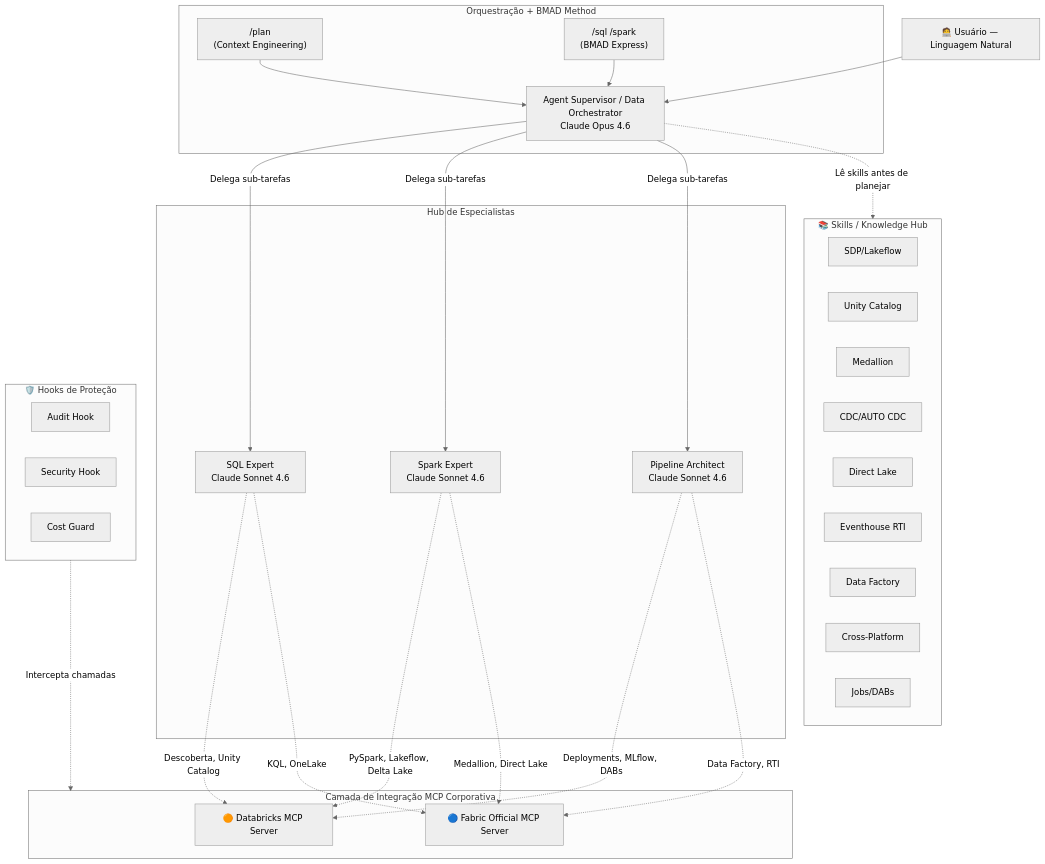
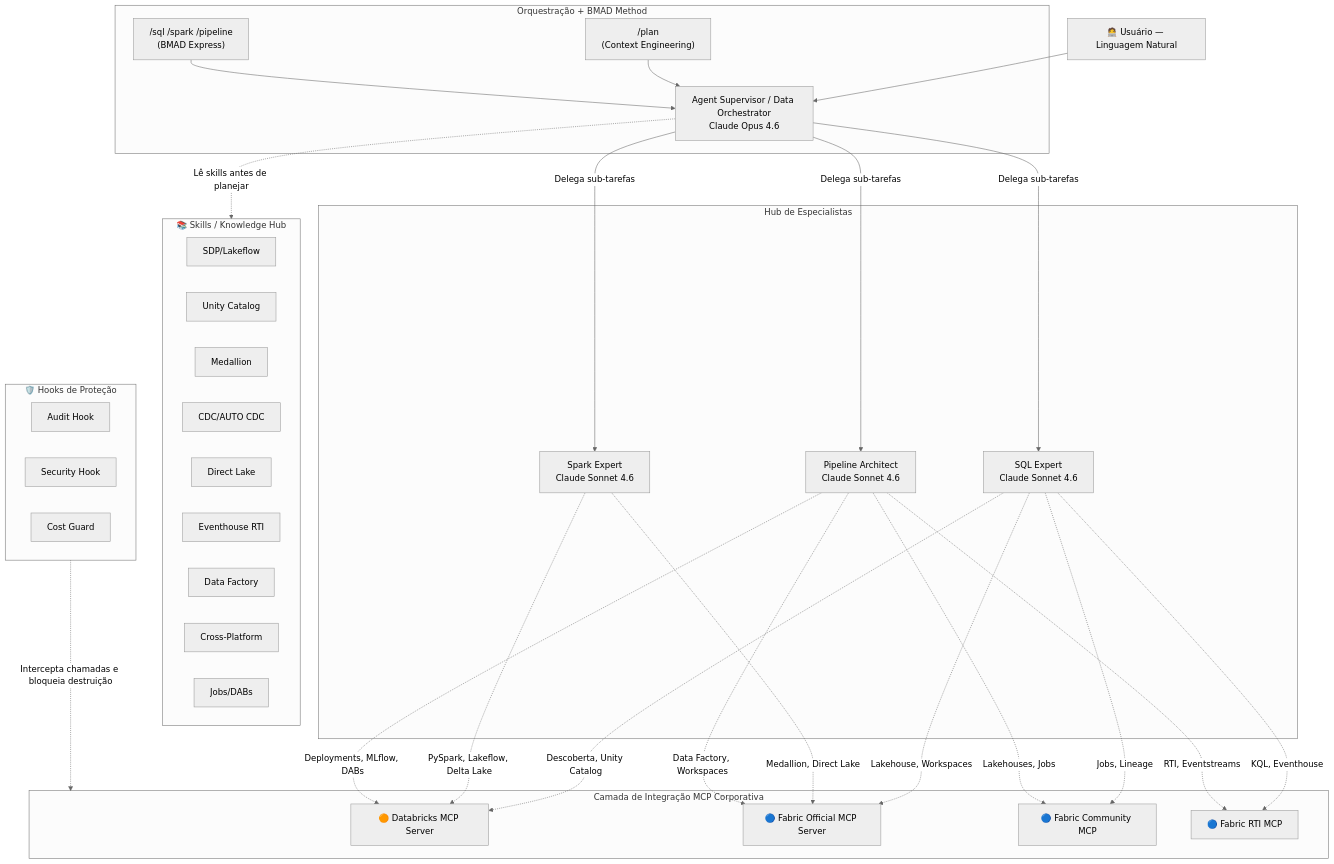
The diagram in README.md (arthurfr23/data-agents-copilot), drawn with Mermaid (neutral theme) before and after one commit. The commit also changed other lines of this file and 2 other files, not shown here.

````diff
--- a/README.md
+++ b/README.md
@@ -44,56 +43,64 @@
 ```mermaid
 flowchart TD
     US["🧑‍💻 Usuário — Linguagem Natural"] --> AS
 
     subgraph BMAD["Orquestração + BMAD Method"]
         PLAN["/plan\n(Context Engineering)"]
         AS["Agent Supervisor / Data Orchestrator\nClaude Opus 4.6"]
-        EXPRESS["/sql  /spark\n(BMAD Express)"]
+        EXPRESS["/sql  /spark  /pipeline\n(BMAD Express)"]
         PLAN --> AS
         EXPRESS --> AS
     end
 
     subgraph AGENTS["Hub de Especialistas"]
         SQL["SQL Expert\nClaude Sonnet 4.6"]
         SPK["Spark Expert\nClaude Sonnet 4.6"]
         PL["Pipeline Architect\nClaude Sonnet 4.6"]
     end
 
     subgraph SKILLS["📚 Skills / Knowledge Hub"]
         S1["SDP/Lakeflow"]
         S2["Unity Catalog"]
         S3["Medallion"]
         S4["CDC/AUTO CDC"]
         S5["Direct Lake"]
         S6["Eventhouse RTI"]
         S7["Data Factory"]
         S8["Cross-Platform"]
         S9["Jobs/DABs"]
     end
 
     subgraph HOOKS["🛡️ Hooks de Proteção"]
         H1["Audit Hook"]
         H2["Security Hook"]
         H3["Cost Guard"]
     end
 
     subgraph MCP["Camada de Integração MCP Corporativa"]
         DB["🟠 Databricks MCP Server"]
         FB["🔵 Fabric Official MCP Server"]
+        FBC["🔵 Fabric Community MCP"]
+        FBR["🔵 Fabric RTI MCP"]
     end
 
     AS --> |"Delega sub-tarefas"| SQL
     AS --> |"Delega sub-tarefas"| SPK
     AS --> |"Delega sub-tarefas"| PL
 
     AS -.-> |"Lê skills antes de planejar"| SKILLS
 
     SQL -.-> |"Descoberta, Unity Catalog"| DB
-    SQL -.-> |"KQL, OneLake"| FB
+    SQL -.-> |"Lakehouse, Workspaces"| FB
+    SQL -.-> |"KQL, Eventhouse"| FBR
+    SQL -.-> |"Jobs, Lineage"| FBC
+
     SPK -.-> |"PySpark, Lakeflow, Delta Lake"| DB
     SPK -.-> |"Medallion, Direct Lake"| FB
+
     PL -.-> |"Deployments, MLflow, DABs"| DB
-    PL -.-> |"Data Factory, RTI"| FB
+    PL -.-> |"Data Factory, Workspaces"| FB
+    PL -.-> |"Lakehouses, Jobs"| FBC
+    PL -.-> |"RTI, Eventstreams"| FBR
 
-    HOOKS -.-> |"Intercepta chamadas"| MCP
+    HOOKS -.-> |"Intercepta chamadas e bloqueia destruição"| MCP
 ```
````
